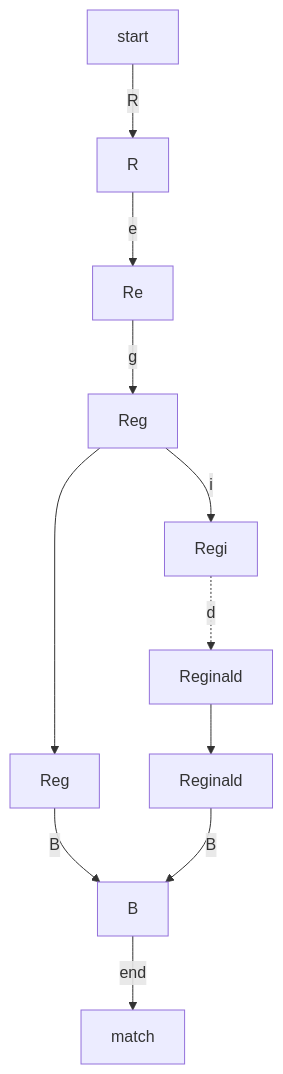
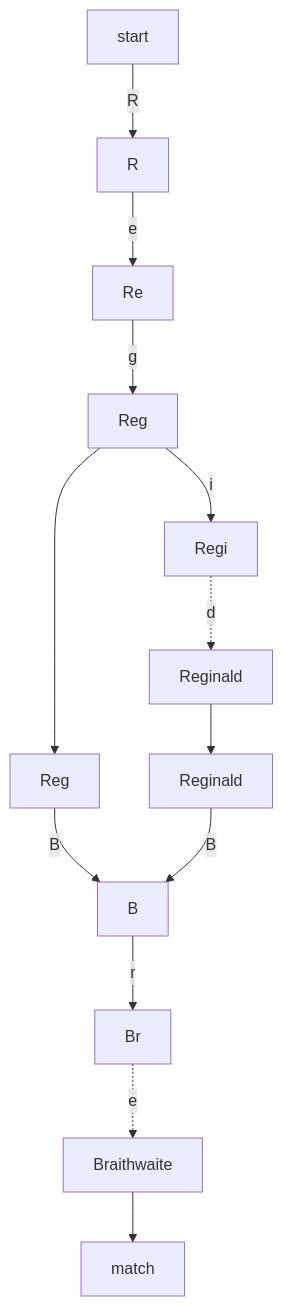
One commit to raganwald/raganwald.github.com changed the diagram in _posts/2019-02-09-recursive-regular-expressions-nondeterminism.md. Above: the diagram before and after it, drawn with Mermaid.

```diff
--- a/_posts/2019-02-09-recursive-regular-expressions-nondeterminism.md
+++ b/_posts/2019-02-09-recursive-regular-expressions-nondeterminism.md
@@ -31,13 +31,16 @@
 <div class="mermaid">
   graph TD
     start-->|R|R
     R-->|e|Re
     Re-->|g|Reg
     Reg-->|i|Regi
     Reg-->|"&lt;space&gt;"|RegSpace["Reg&lt;space&gt;"]
     RegSpace-->|B|B
     Regi-.->|d|Reginald
     Reginald-->|&lt;space&gt;|ReginaldSpace["Reginald&lt;space&gt;"]
     ReginaldSpace-->|B|B
-    B-->|end|match;
+
+    B-->|r|Br
+    Br-.->|e|Braithwaite
+    Braithwaite-->|&lt;end&gt;|match;
 </div>
```
